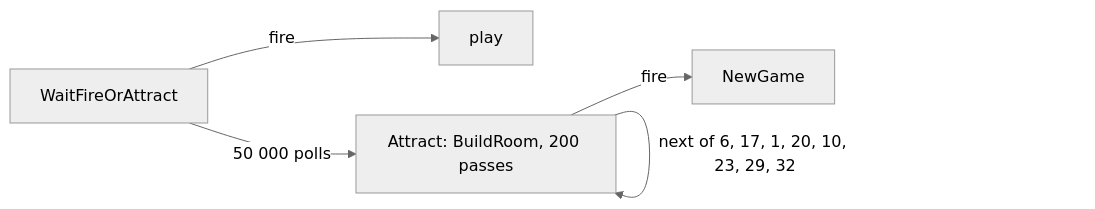
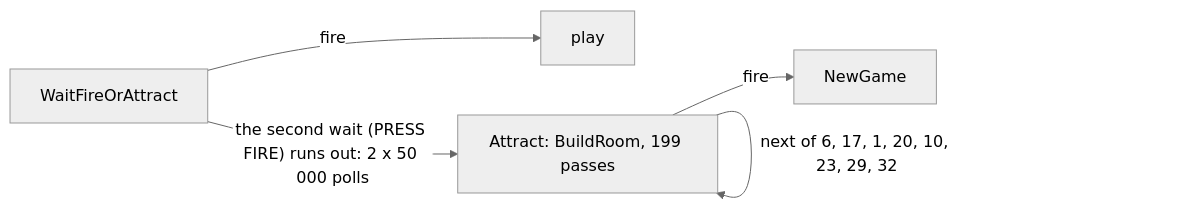
Before and after one commit to alfishe/unrealng-reverse-cases: the eighth of 8 diagrams in games/rex/docs/04-game-loop.md, drawn with Mermaid (neutral theme). The commit also changed other lines of this file and 40 other files, not shown here.

````diff
--- a/games/rex/docs/04-game-loop.md
+++ b/games/rex/docs/04-game-loop.md
@@ -593,7 +597,7 @@
 ```mermaid
 flowchart LR
     W["WaitFireOrAttract"] -->|"fire"| G["play"]
-    W -->|"50 000 polls"| AT["Attract: BuildRoom, 200 passes"]
+    W -->|"the second wait (PRESS FIRE) runs out: 2 x 50 000 polls"| AT["Attract: BuildRoom, 199 passes"]
     AT -->|"next of 6, 17, 1, 20, 10, 23, 29, 32"| AT
     AT -->|"fire"| N["NewGame"]
 ```
````
